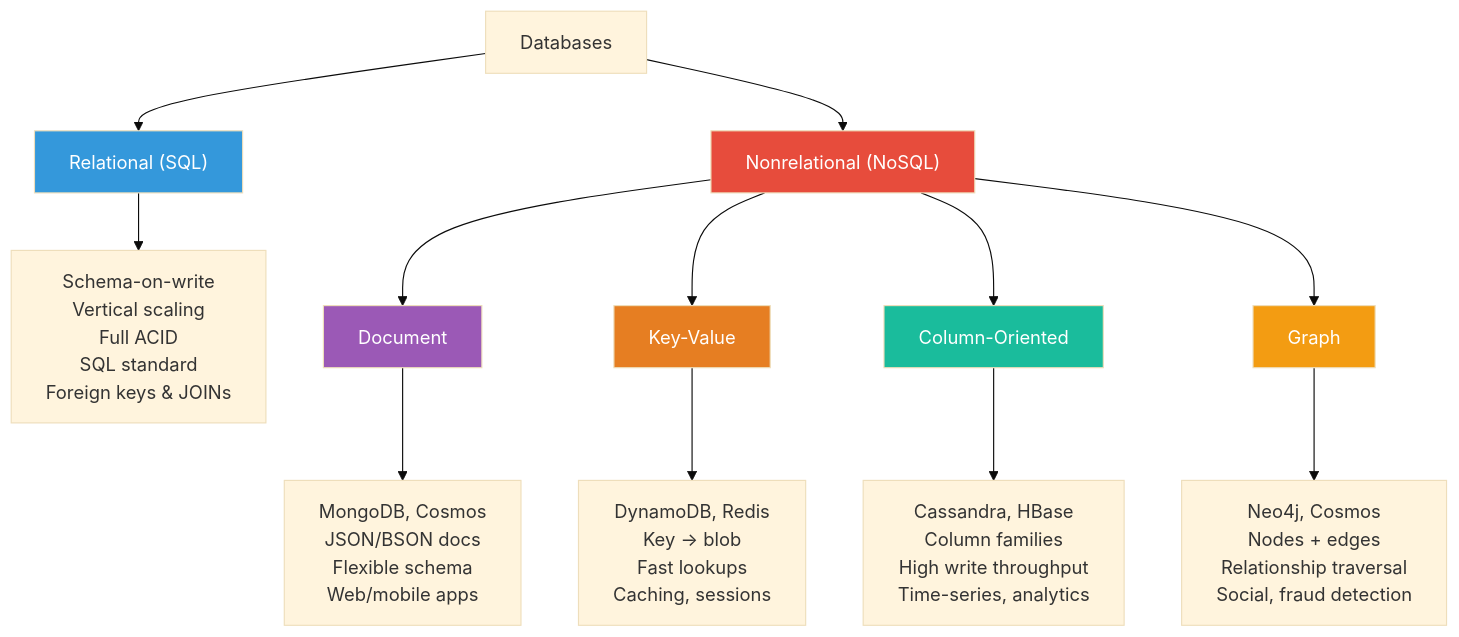
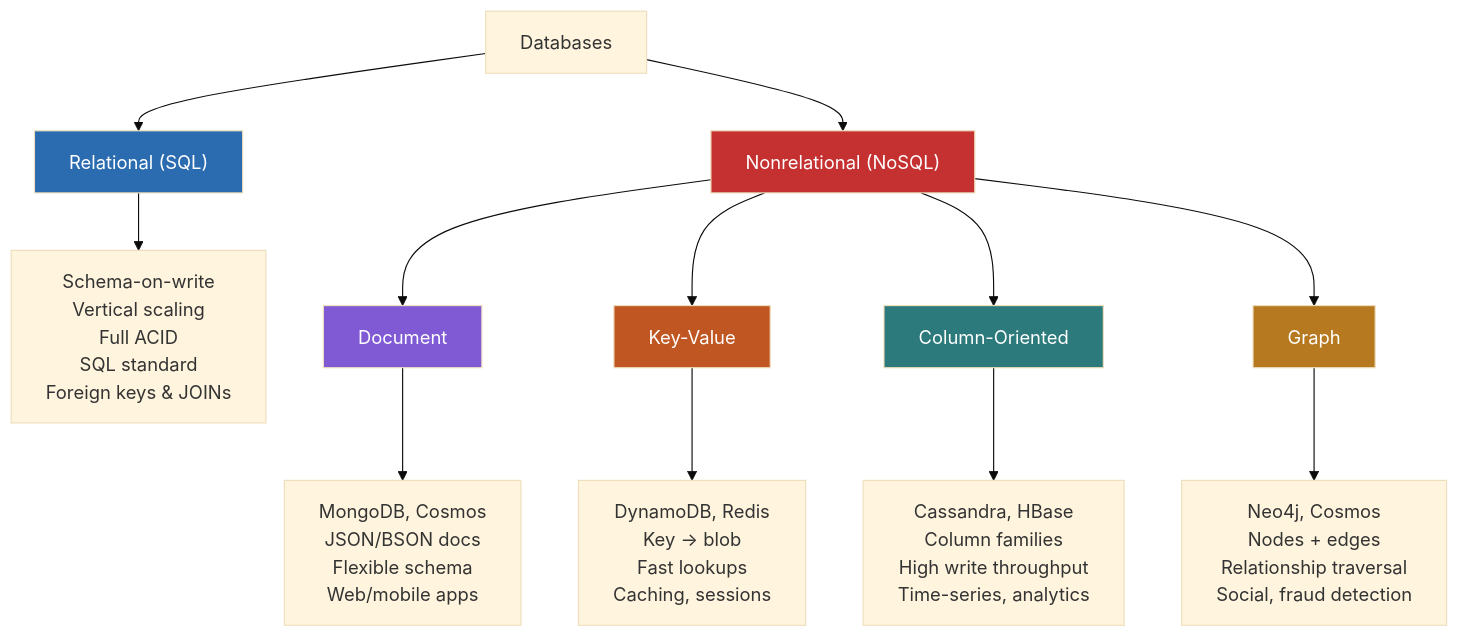
Before and after one commit to George-API/CompTIA_DataSys_Study_Guide: the fourth of 39 diagrams in 07-Visual-Study-Diagrams.md, drawn with Mermaid (base theme). The commit also changed other lines of this file, not shown here.

Commit message:
Improvements to visual study mermaid diagrams

````diff
--- a/07-Visual-Study-Diagrams.md
+++ b/07-Visual-Study-Diagrams.md
@@ -69,24 +69,24 @@
 ```mermaid
 flowchart TD
     DB["Databases"] --> REL["Relational (SQL)"]
     DB --> NREL["Nonrelational (NoSQL)"]
 
-    REL --> RCHAR["Schema-on-write\nVertical scaling\nFull ACID\nSQL standard\nForeign keys & JOINs"]
+    REL --> RCHAR["Schema-on-write<br/>Vertical scaling<br/>Full ACID<br/>SQL standard<br/>Foreign keys & JOINs"]
 
     NREL --> DOC["Document"]
     NREL --> KV["Key-Value"]
     NREL --> COL["Column-Oriented"]
     NREL --> GR["Graph"]
 
-    DOC --> DOC_T["MongoDB, Cosmos\nJSON/BSON docs\nFlexible schema\nWeb/mobile apps"]
-    KV --> KV_T["DynamoDB, Redis\nKey → blob\nFast lookups\nCaching, sessions"]
-    COL --> COL_T["Cassandra, HBase\nColumn families\nHigh write throughput\nTime-series, analytics"]
-    GR --> GR_T["Neo4j, Cosmos\nNodes + edges\nRelationship traversal\nSocial, fraud detection"]
+    DOC --> DOC_T["MongoDB, Cosmos<br/>JSON/BSON docs<br/>Flexible schema<br/>Web/mobile apps"]
+    KV --> KV_T["DynamoDB, Redis<br/>Key → blob<br/>Fast lookups<br/>Caching, sessions"]
+    COL --> COL_T["Cassandra, HBase<br/>Column families<br/>High write throughput<br/>Time-series, analytics"]
+    GR --> GR_T["Neo4j, Cosmos<br/>Nodes + edges<br/>Relationship traversal<br/>Social, fraud detection"]
 
-    style REL fill:#3498db,color:#fff
-    style NREL fill:#e74c3c,color:#fff
-    style DOC fill:#9b59b6,color:#fff
-    style KV fill:#e67e22,color:#fff
-    style COL fill:#1abc9c,color:#fff
-    style GR fill:#f39c12,color:#fff
+    style REL fill:#2B6CB0,color:#fff
+    style NREL fill:#C53030,color:#fff
+    style DOC fill:#805AD5,color:#fff
+    style KV fill:#C05621,color:#fff
+    style COL fill:#2C7A7B,color:#fff
+    style GR fill:#B7791F,color:#fff
 ```
````
